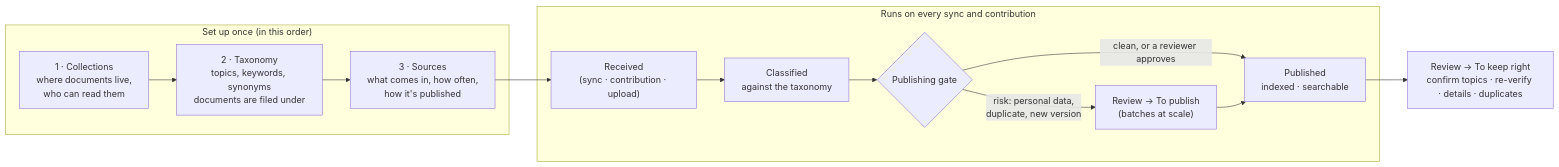
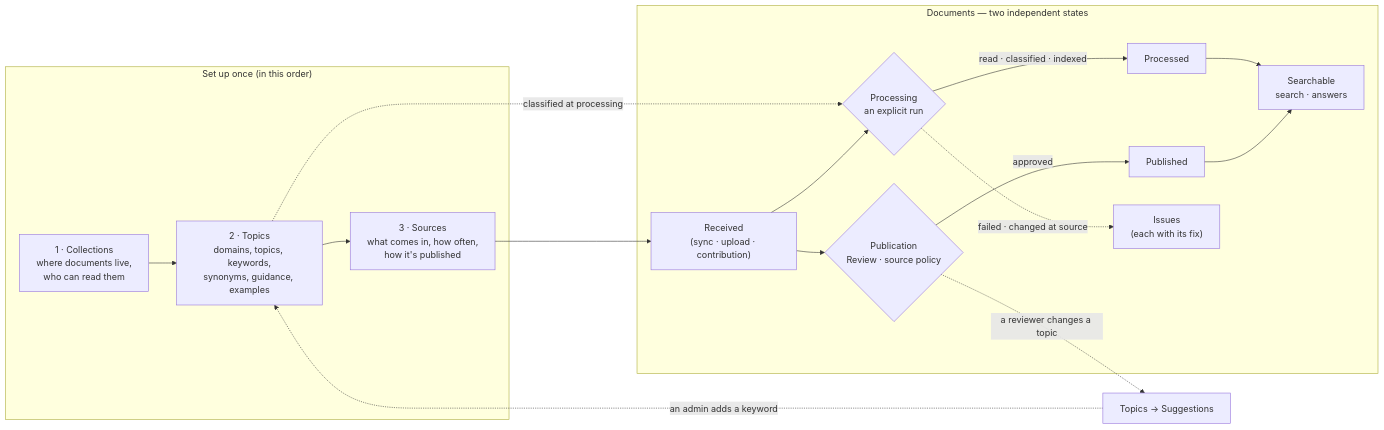
One commit to NguyenDuy1910/BoMesh changed the first of 2 diagrams in apps/ux_preview/docs/KNOWLEDGE_STUDIO.md. Above: the diagram before and after it, drawn with Mermaid. The commit also changed other lines of this file and 107 other files, not shown here.

````diff
--- a/apps/ux_preview/docs/KNOWLEDGE_STUDIO.md
+++ b/apps/ux_preview/docs/KNOWLEDGE_STUDIO.md
@@ -9,14 +9,18 @@
 ```mermaid
 flowchart LR
   subgraph Setup["Set up once (in this order)"]
-    KB["1 · Collections<br/>where documents live,<br/>who can read them"] --> MD["2 · Taxonomy<br/>topics, keywords, synonyms<br/>documents are filed under"] --> SRC["3 · Sources<br/>what comes in, how often,<br/>how it's published"]
+    KB["1 · Collections<br/>where documents live,<br/>who can read them"] --> MD["2 · Topics<br/>domains, topics, keywords,<br/>synonyms, guidance, examples"] --> SRC["3 · Sources<br/>what comes in, how often,<br/>how it's published"]
   end
-  subgraph Flow["Runs on every sync and contribution"]
-    IN["Received<br/>(sync · contribution · upload)"] --> CL["Classified<br/>against the taxonomy"] --> GATE{"Publishing gate"}
-    GATE -->|clean, or a reviewer approves| PUB["Published<br/>indexed · searchable"]
-    GATE -->|risk: personal data,<br/>duplicate, new version| RV["Review → To publish<br/>(batches at scale)"]
-    RV --> PUB
+  subgraph Docs["Documents — two independent states"]
+    IN["Received<br/>(sync · upload · contribution)"] --> PUB{"Publication<br/>Review · source policy"}
+    IN --> PROC{"Processing<br/>an explicit run"}
+    PUB -->|approved| P1["Published"]
+    PROC -->|read · classified · indexed| P2["Processed"]
+    P1 --> LIVE["Searchable<br/>search · answers"]
+    P2 --> LIVE
+    PROC -.->|failed · changed at source| ISS["Issues<br/>(each with its fix)"]
   end
   SRC --> IN
-  PUB --> Q["Review → To keep right<br/>confirm topics · re-verify · details · duplicates"]
+  MD -.->|classified at processing| PROC
+  PUB -.->|a reviewer changes a topic| COR["Topics → Suggestions"] -.->|an admin adds a keyword| MD
 ```
````
